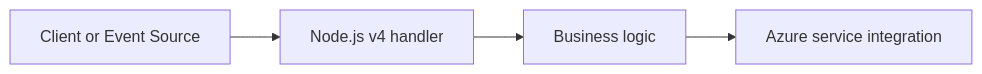
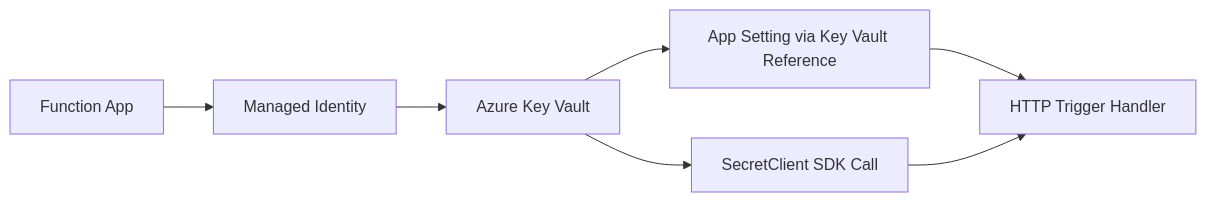
One commit to yeongseon/azure-functions-practical-guide changed the diagram in docs/language-guides/nodejs/recipes/key-vault.md. Above: the diagram before and after it, drawn with Mermaid. The commit also changed other lines of this file and 217 other files, not shown here.

````diff
--- a/docs/language-guides/nodejs/recipes/key-vault.md
+++ b/docs/language-guides/nodejs/recipes/key-vault.md
@@ -7,6 +7,9 @@
 ```mermaid
 flowchart LR
-    A[Client or Event Source] --> B[Node.js v4 handler]
-    B --> C[Business logic]
-    C --> D[Azure service integration]
+    FUNC[Function App] --> MSI[Managed Identity]
+    MSI --> KV[Azure Key Vault]
+    KV --> SETTING[App Setting via Key Vault Reference]
+    KV --> SDK[SecretClient SDK Call]
+    SETTING --> HANDLER[HTTP Trigger Handler]
+    SDK --> HANDLER
 ```
````
